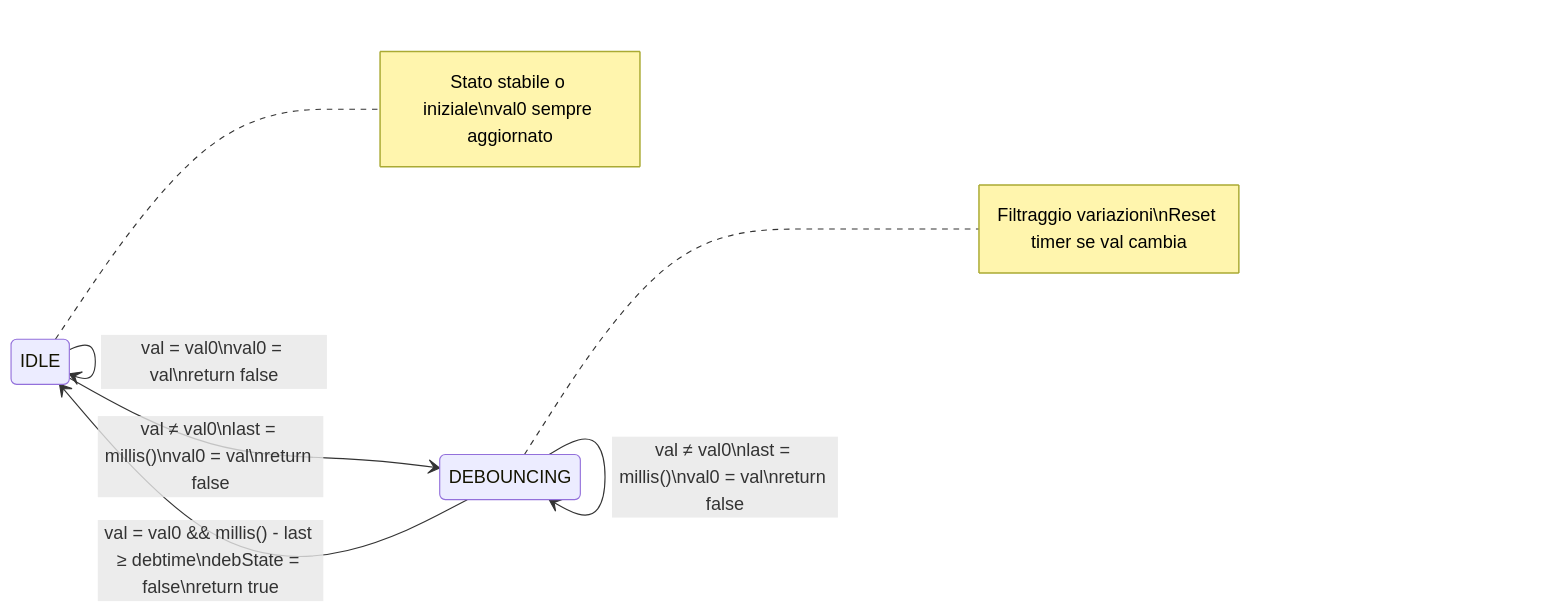
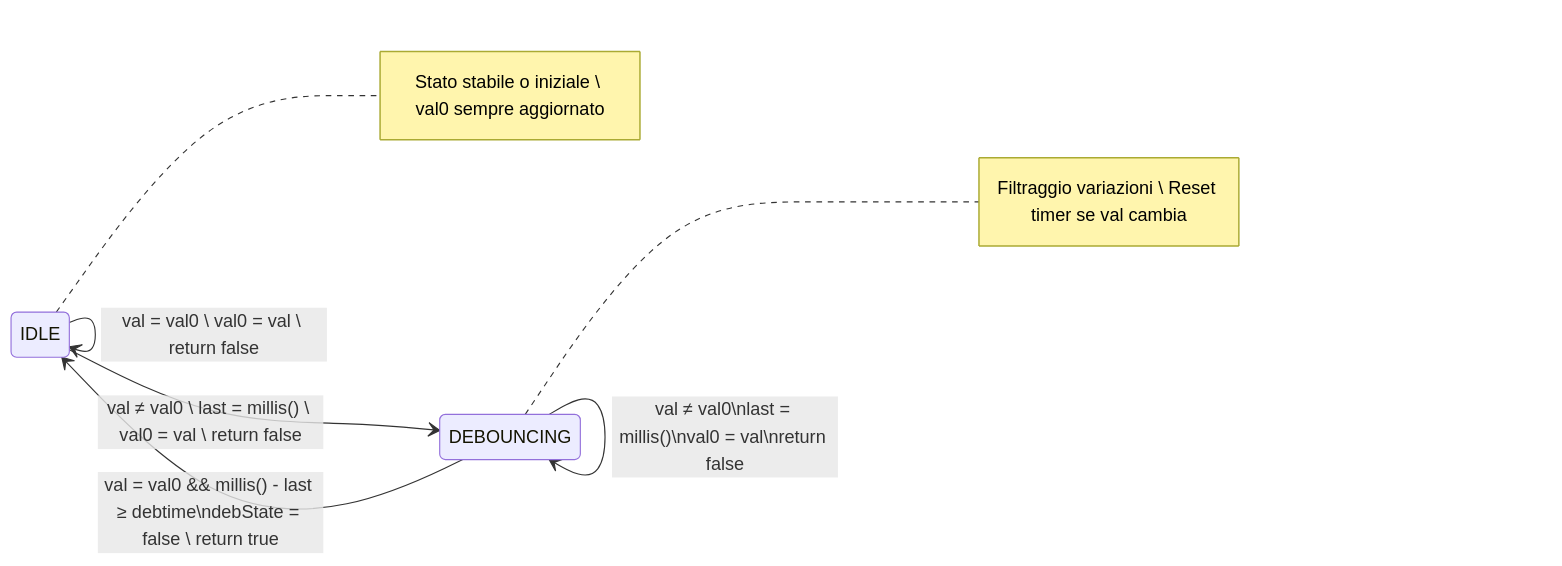
One commit to sebastianomelita/ArduinoBareMetal changed the diagram in debouncerFSM2.md. Above: the diagram before and after it, drawn with Mermaid.

````diff
--- a/debouncerFSM2.md
+++ b/debouncerFSM2.md
@@ -148,14 +148,14 @@
 ```mermaid
 %%{init: {'theme': 'default', 'themeVariables': { 'primaryColor': '#ffffff', 'primaryTextColor': '#000000', 'primaryBorderColor': '#000000', 'lineColor': '#000000', 'secondaryColor': '#f4f4f4', 'tertiaryColor': '#ffffff' }}}%%
 stateDiagram-v2
     direction LR
     
-    IDLE --> DEBOUNCING: val ≠ val0\nlast = millis()\nval0 = val\nreturn false
-    IDLE --> IDLE: val = val0\nval0 = val\nreturn false
+    IDLE --> DEBOUNCING: val ≠ val0 \ last = millis() \ val0 = val \ return false
+    IDLE --> IDLE: val = val0 \ val0 = val \ return false
     
     DEBOUNCING --> DEBOUNCING: val ≠ val0\nlast = millis()\nval0 = val\nreturn false
-    DEBOUNCING --> IDLE: val = val0 && millis() - last ≥ debtime\ndebState = false\nreturn true
+    DEBOUNCING --> IDLE: val = val0 && millis() - last ≥ debtime\ndebState = false \ return true
     
-    note right of IDLE: Stato stabile o iniziale\nval0 sempre aggiornato
-    note right of DEBOUNCING: Filtraggio variazioni\nReset timer se val cambia
+    note right of IDLE: Stato stabile o iniziale \ val0 sempre aggiornato
+    note right of DEBOUNCING: Filtraggio variazioni \ Reset timer se val cambia
 ```
````
